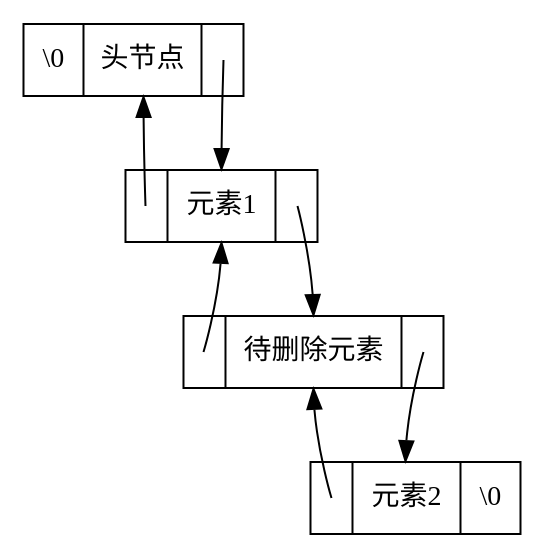
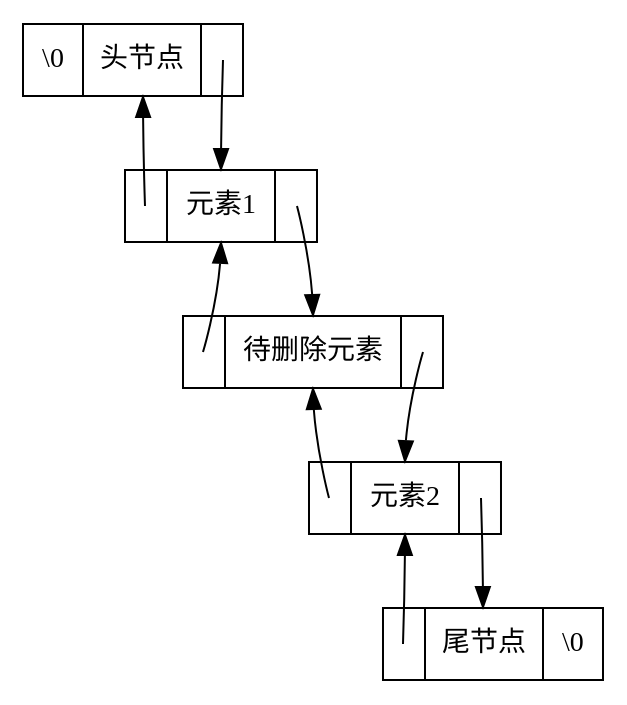
Before and after one commit to xavierwoo/data_structrues_notes: diagram 26 of 31 in src/第一章-线性结构.md, drawn with Graphviz. The commit also changed other lines of this file and 1 other file, not shown here.

````diff
--- a/src/第一章-线性结构.md
+++ b/src/第一章-线性结构.md
@@ -607,15 +1009,18 @@
 ```dot
 digraph G{
     node [shape = record]
     H [label = "<p> \\0|<data> 头节点|<n> "]
     A [label = "<p> |<data> 元素1|<n> "]
     B [label = "<p> |<data> 待删除元素|<n> "]
-    C [label = "<p> |<data> 元素2|<n> \\0"]
+    C [label = "<p> |<data> 元素2|<n> "]
     A:n:c -> B:data [tailclip=false]
     C:p:c -> B:data [tailclip=false]
     H:n:c -> A:data [tailclip=false]
     A:p:c -> H:data [tailclip=false]
     B:p:c -> A:data [tailclip=false]
     B:n:c -> C:data [tailclip=false]
+    T [label = "<p> |<data> 尾节点|<n> \\0"]
+    C:n:c -> T:data [tailclip=false]
+    T:p:c -> C:data [tailclip=false]
 }
 ```
````
